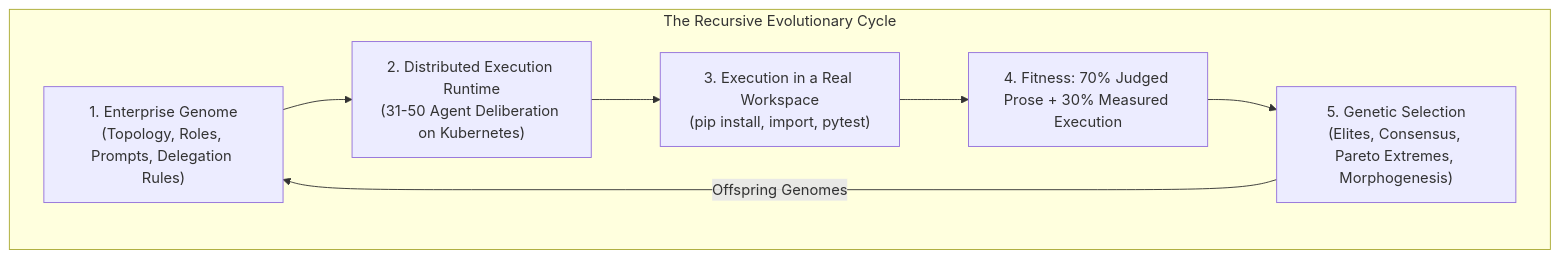
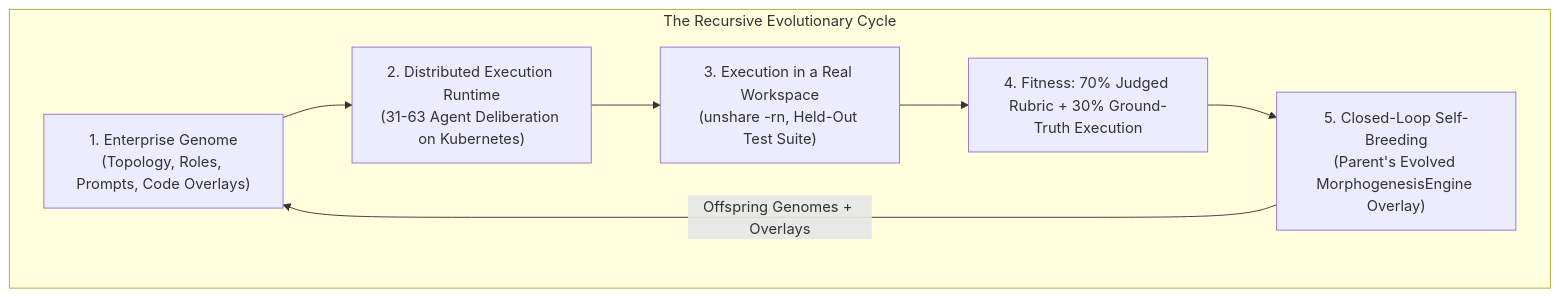
One commit to SinaChavoshi/hierarchical-agent-evolution changed the diagram in README.md. Above: the diagram before and after it, drawn with Mermaid. The commit also changed other lines of this file and 6 other files, not shown here.

Commit message:
docs(v2-v3): add publication-grade V2 & V3 evolutionary trajectory chart to READMEs

````diff
--- a/README.md
+++ b/README.md
@@ -36,16 +34,16 @@
 ```mermaid
 graph TD
     subgraph SelfImprovementLoop ["The Recursive Evolutionary Cycle"]
-        Genome["1. Enterprise Genome<br/>(Topology, Roles, Prompts, Delegation Rules)"]
-        Execution["2. Distributed Execution Runtime<br/>(31-50 Agent Deliberation on Kubernetes)"]
-        Sandbox["3. Execution in a Real Workspace<br/>(pip install, import, pytest)"]
-        Fitness["4. Fitness: 70% Judged Prose + 30% Measured Execution"]
-        Breeding["5. Genetic Selection<br/>(Elites, Consensus, Pareto Extremes, Morphogenesis)"]
+        Genome["1. Enterprise Genome<br/>(Topology, Roles, Prompts, Code Overlays)"]
+        Execution["2. Distributed Execution Runtime<br/>(31-63 Agent Deliberation on Kubernetes)"]
+        Sandbox["3. Execution in a Real Workspace<br/>(unshare -rn, Held-Out Test Suite)"]
+        Fitness["4. Fitness: 70% Judged Rubric + 30% Ground-Truth Execution"]
+        Breeding["5. Closed-Loop Self-Breeding<br/>(Parent's Evolved MorphogenesisEngine Overlay)"]
 
         Genome --> Execution
         Execution --> Sandbox
         Sandbox --> Fitness
         Fitness --> Breeding
-        Breeding -->|Offspring Genomes| Genome
+        Breeding -->|Offspring Genomes + Overlays| Genome
     end
 ```
````
